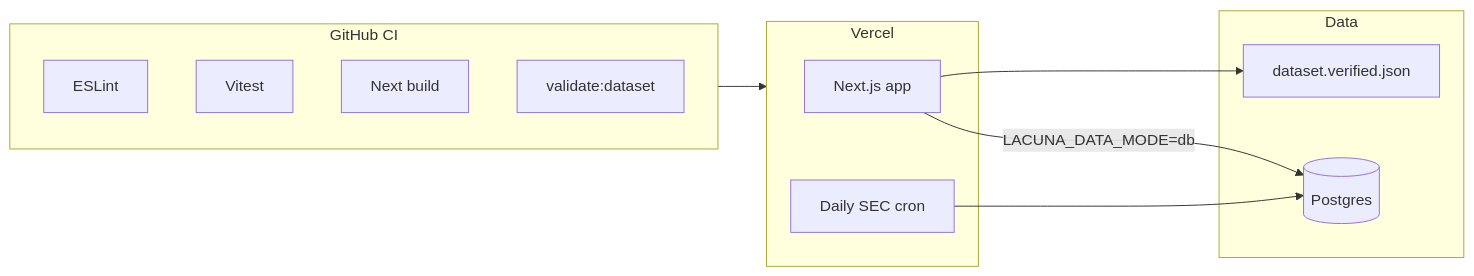
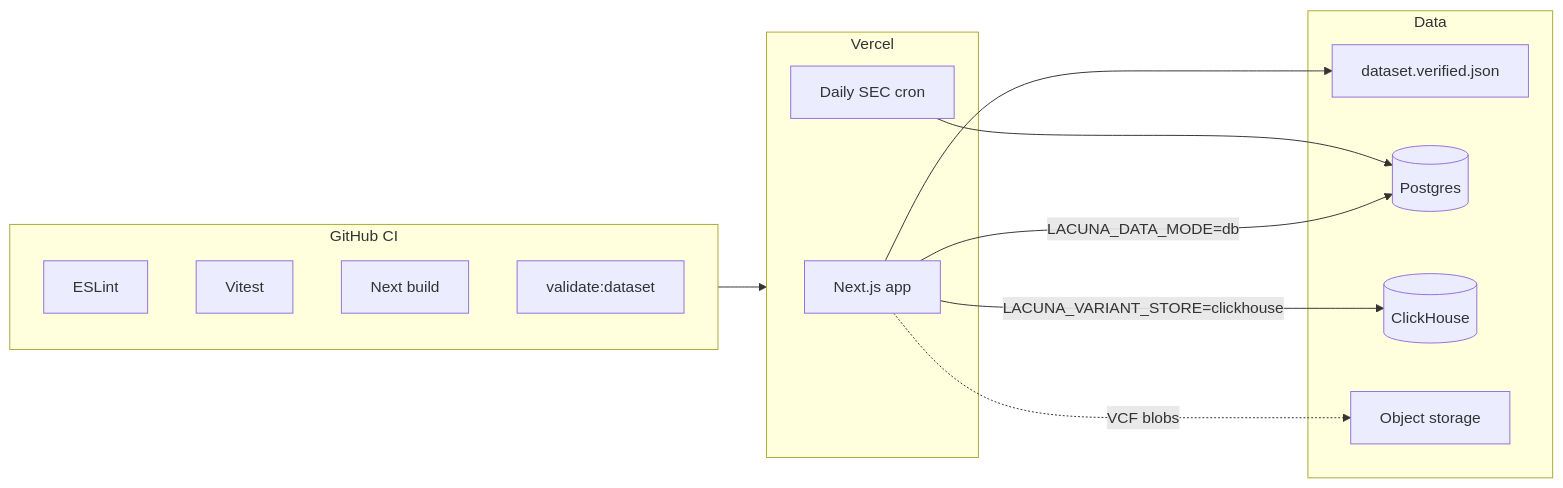
One commit to maekass/Lacuna changed the diagram in docs/INFRASTRUCTURE.md. Above: the diagram before and after it, drawn with Mermaid. The commit also changed other lines of this file and 50 other files, not shown here.

First line of the commit message:
feat: add ClickHouse variant store with VCF ingest and dashboard browser

````diff
--- a/docs/INFRASTRUCTURE.md
+++ b/docs/INFRASTRUCTURE.md
@@ -7,21 +7,25 @@
 ```mermaid
 flowchart LR
   subgraph ci [GitHub CI]
     lint[ESLint]
     test[Vitest]
     build[Next build]
     dataset[validate:dataset]
   end
   subgraph vercel [Vercel]
     app[Next.js app]
     cron[Daily SEC cron]
   end
   subgraph data [Data]
     json[dataset.verified.json]
     pg[(Postgres)]
+    ch[(ClickHouse)]
+    s3[Object storage]
   end
   ci --> vercel
   app --> json
   app -->|LACUNA_DATA_MODE=db| pg
+  app -->|LACUNA_VARIANT_STORE=clickhouse| ch
+  app -.->|VCF blobs| s3
   cron --> pg
 ```
````
